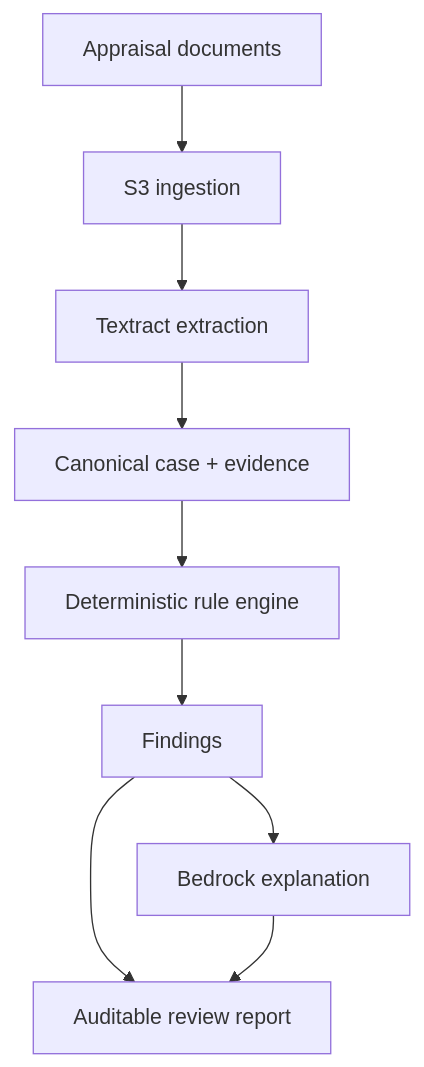
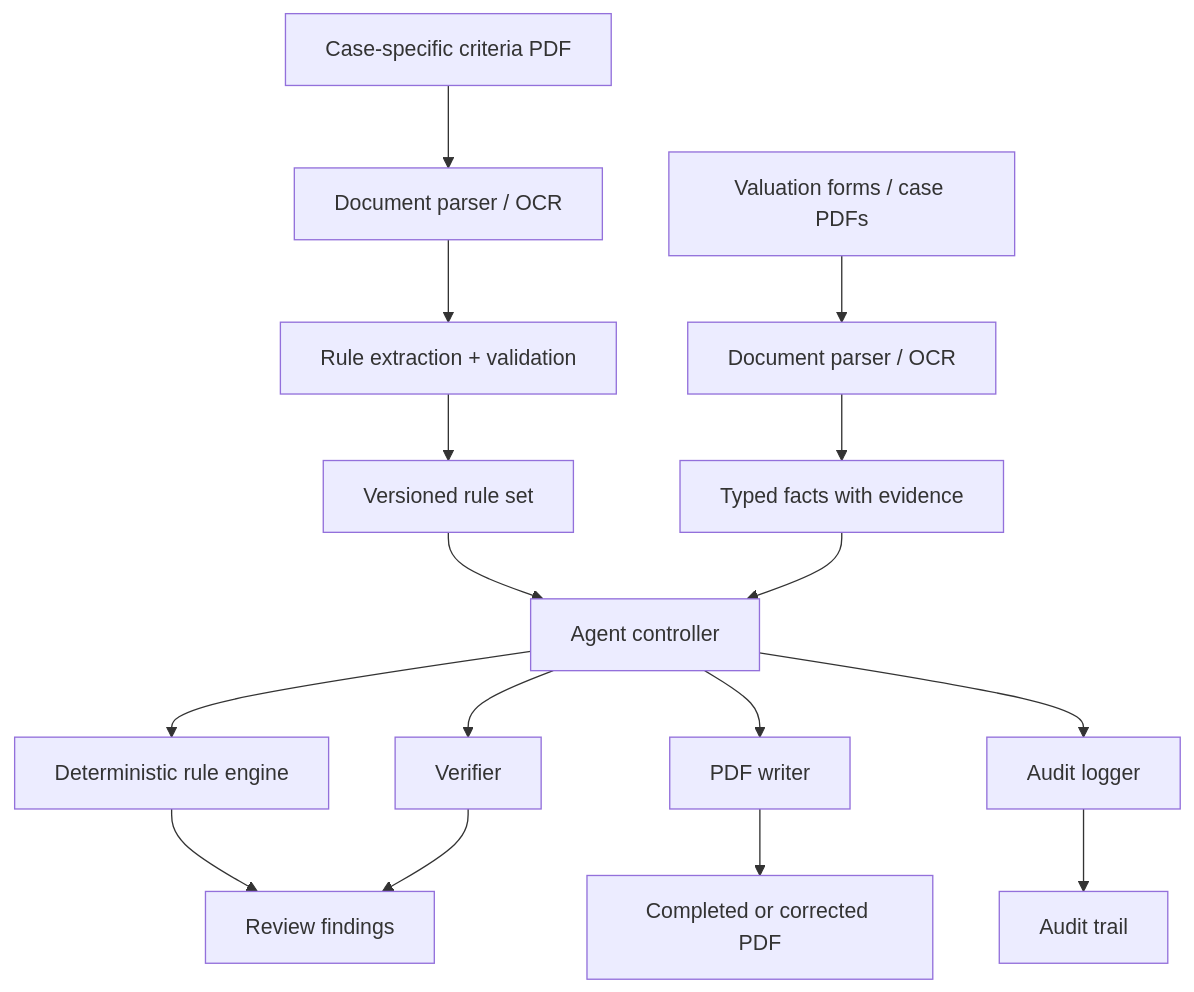
One commit to chengruchou/newtaipei-appraisal-review-ai changed the diagram in README.md. Above: the diagram before and after it, drawn with Mermaid. The commit also changed other lines of this file and 23 other files, not shown here.

````diff
--- a/README.md
+++ b/README.md
@@ -27,11 +37,18 @@
 ```mermaid
 flowchart TD
-    A["Appraisal documents"] --> B["S3 ingestion"]
-    B --> C["Textract extraction"]
-    C --> D["Canonical case + evidence"]
-    D --> E["Deterministic rule engine"]
-    E --> F["Findings"]
-    F --> G["Bedrock explanation"]
-    F --> H["Auditable review report"]
-    G --> H
+    C["Case-specific criteria PDF"] --> P1["Document parser / OCR"]
+    P1 --> RX["Rule extraction + validation"]
+    RX --> RS["Versioned rule set"]
+    F["Valuation forms / case PDFs"] --> P2["Document parser / OCR"]
+    P2 --> FX["Typed facts with evidence"]
+    RS --> A["Agent controller"]
+    FX --> A
+    A --> RE["Deterministic rule engine"]
+    A --> V["Verifier"]
+    A --> PW["PDF writer"]
+    A --> AL["Audit logger"]
+    RE --> O["Review findings"]
+    V --> O
+    PW --> PDF["Completed or corrected PDF"]
+    AL --> AUDIT["Audit trail"]
 ```
````
